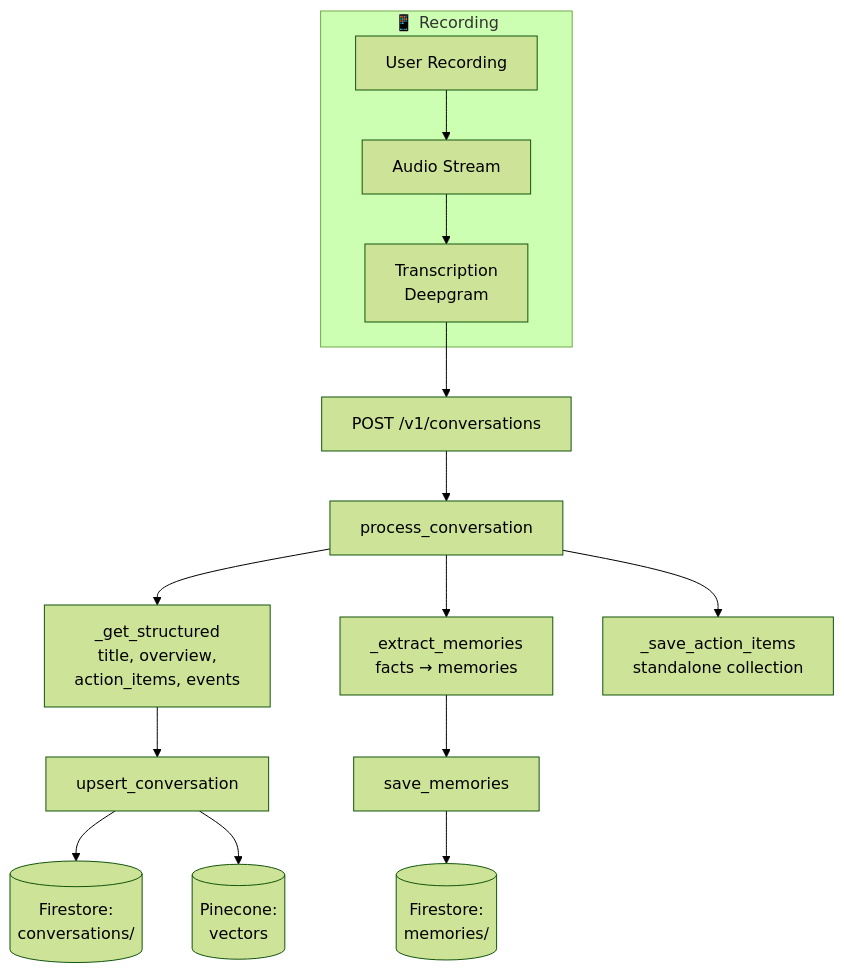
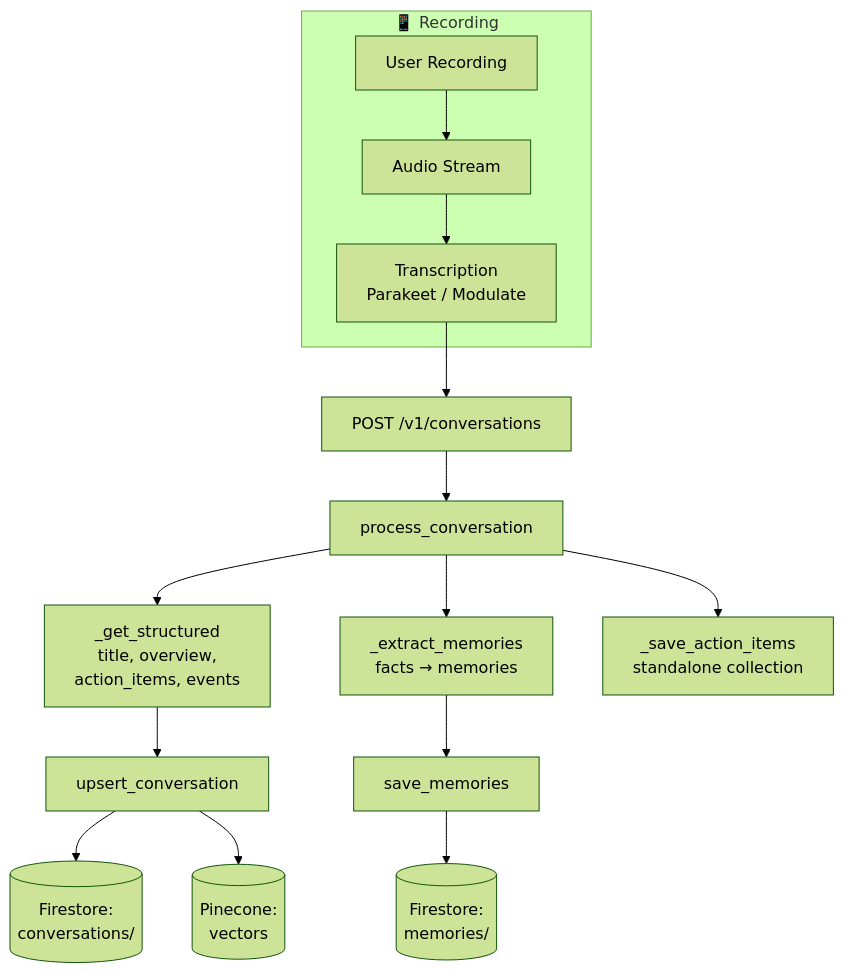
Before and after one commit to BasedHardware/omi: the diagram in docs/doc/developer/backend/StoringConversations.mdx, drawn with Mermaid (forest theme). The commit also changed 528 other files, not shown here.

````diff
--- a/docs/doc/developer/backend/StoringConversations.mdx
+++ b/docs/doc/developer/backend/StoringConversations.mdx
@@ -24,21 +24,21 @@
 ```mermaid
 flowchart TD
     subgraph Recording["📱 Recording"]
         R[User Recording] --> AS[Audio Stream]
-        AS --> T[Transcription<br/>Deepgram]
+        AS --> T[Transcription<br/>Parakeet / Modulate]
     end
 
     T --> POST[POST /v1/conversations]
     POST --> PC[process_conversation]
 
     PC --> GS[_get_structured<br/>title, overview,<br/>action_items, events]
     PC --> EM[_extract_memories<br/>facts → memories]
     PC --> SAI[_save_action_items<br/>standalone collection]
 
     GS --> UC[upsert_conversation]
     EM --> SM[save_memories]
 
     UC --> FS[(Firestore:<br/>conversations/)]
     SM --> FSM[(Firestore:<br/>memories/)]
     UC --> Pine[(Pinecone:<br/>vectors)]
 ```
````
